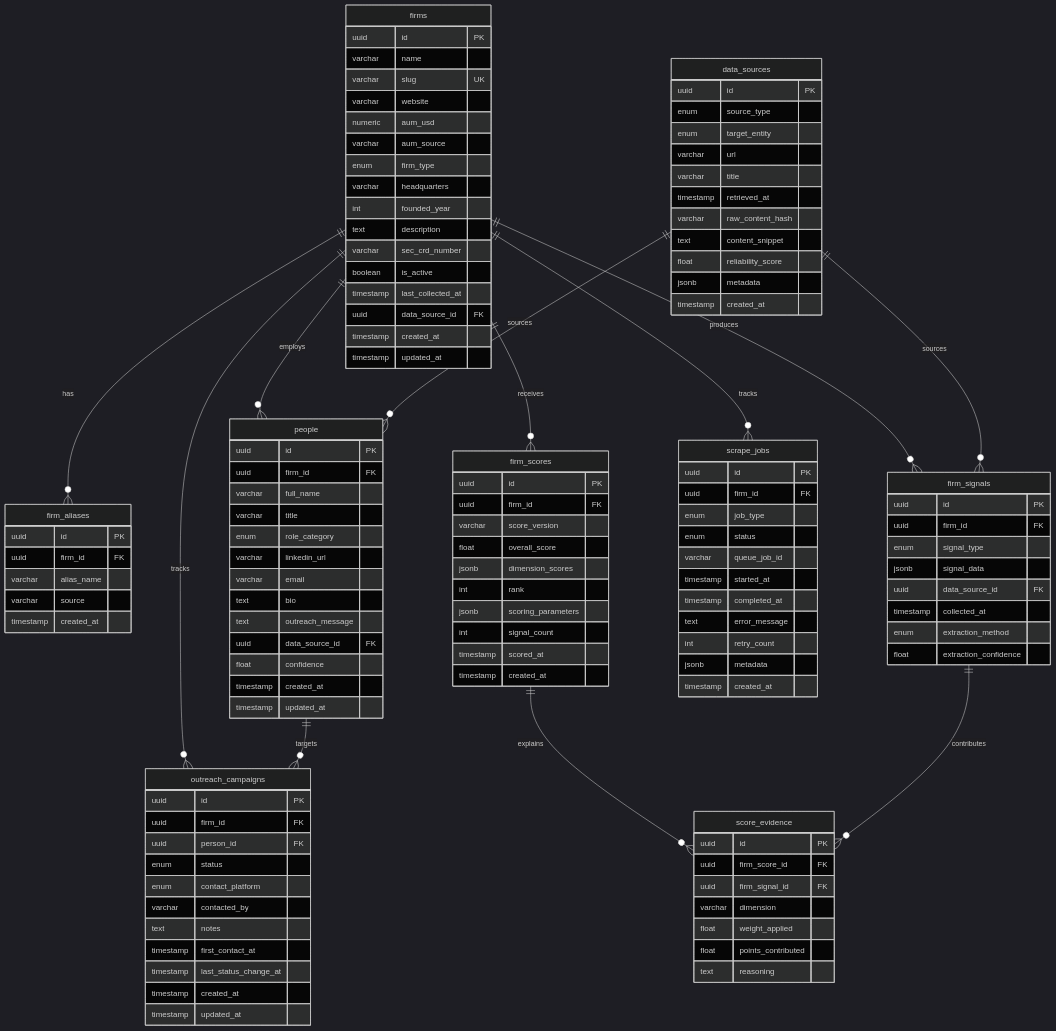
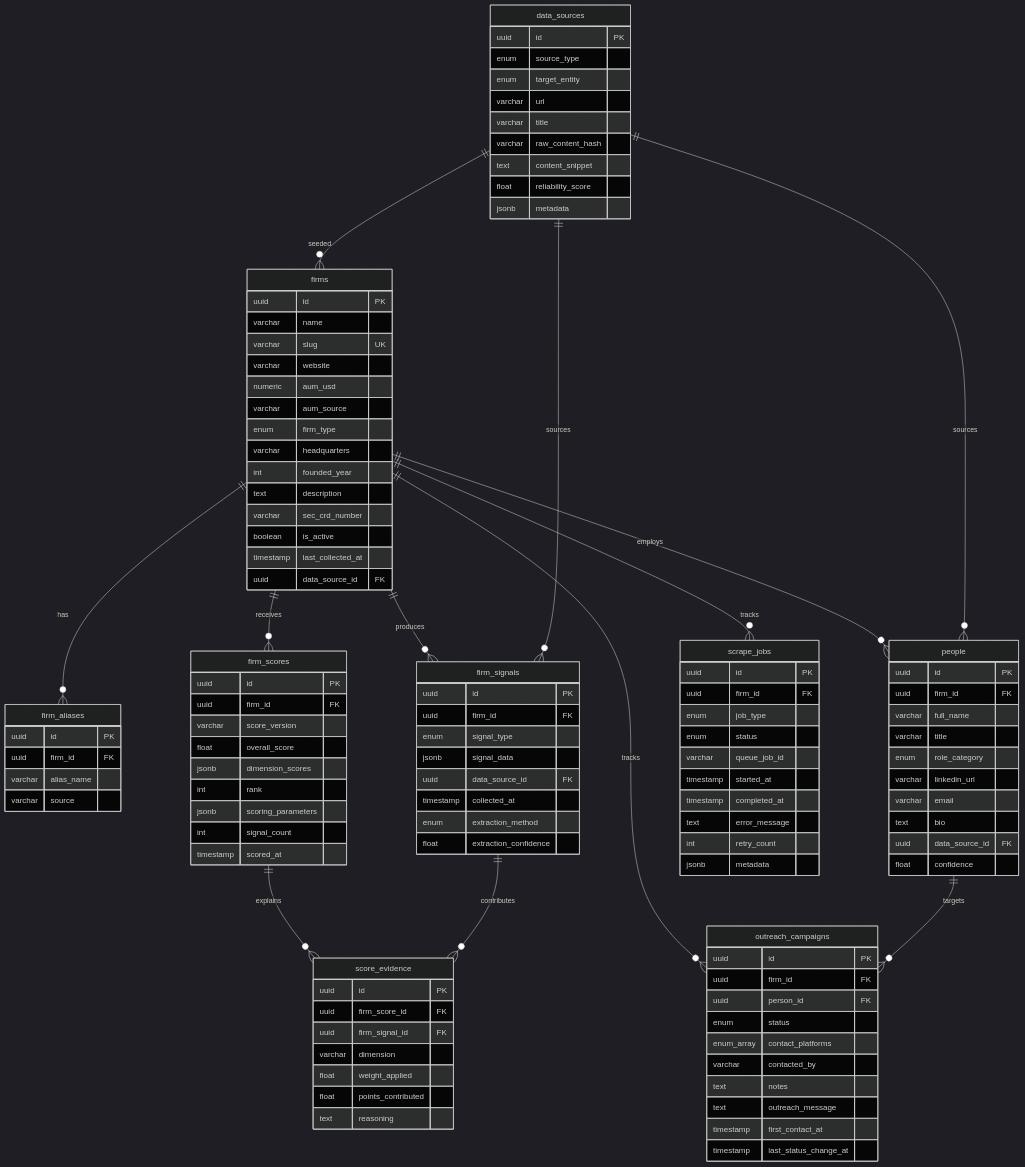
Before and after one commit to GuilhermeDaSilvaFerreira/ai-usage-scraper: the second of 3 diagrams in backend/docs/data-extraction-pipeline/ARCHITECTURE.md, drawn with Mermaid (dark theme). The commit also changed other lines of this file and 7 other files, not shown here.

````diff
--- a/backend/docs/data-extraction-pipeline/ARCHITECTURE.md
+++ b/backend/docs/data-extraction-pipeline/ARCHITECTURE.md
@@ -167,6 +156,7 @@
     people ||--o{ outreach_campaigns : targets
     data_sources ||--o{ firm_signals : sources
     data_sources ||--o{ people : sources
+    data_sources ||--o{ firms : seeded
     firm_scores ||--o{ score_evidence : explains
     firm_signals ||--o{ score_evidence : contributes
 
@@ -185,8 +175,6 @@
         boolean is_active
         timestamp last_collected_at
         uuid data_source_id FK
-        timestamp created_at
-        timestamp updated_at
     }
 
     firm_aliases {
@@ -194,7 +182,6 @@
         uuid firm_id FK
         varchar alias_name
         varchar source
-        timestamp created_at
     }
 
     people {
@@ -206,11 +193,8 @@
         varchar linkedin_url
         varchar email
         text bio
-        text outreach_message
         uuid data_source_id FK
         float confidence
-        timestamp created_at
-        timestamp updated_at
     }
 
     outreach_campaigns {
@@ -218,13 +202,12 @@
         uuid firm_id FK
         uuid person_id FK
         enum status
-        enum contact_platform
+        enum_array contact_platforms
         varchar contacted_by
         text notes
+        text outreach_message
         timestamp first_contact_at
         timestamp last_status_change_at
-        timestamp created_at
-        timestamp updated_at
     }
 
     data_sources {
@@ -233,12 +216,10 @@
         enum target_entity
         varchar url
         varchar title
-        timestamp retrieved_at
         varchar raw_content_hash
         text content_snippet
         float reliability_score
         jsonb metadata
-        timestamp created_at
     }
 
     firm_signals {
@@ -262,7 +243,6 @@
         jsonb scoring_parameters
         int signal_count
         timestamp scored_at
-        timestamp created_at
     }
 
     score_evidence {
@@ -286,6 +266,5 @@
         text error_message
         int retry_count
         jsonb metadata
-        timestamp created_at
     }
 ```
````
